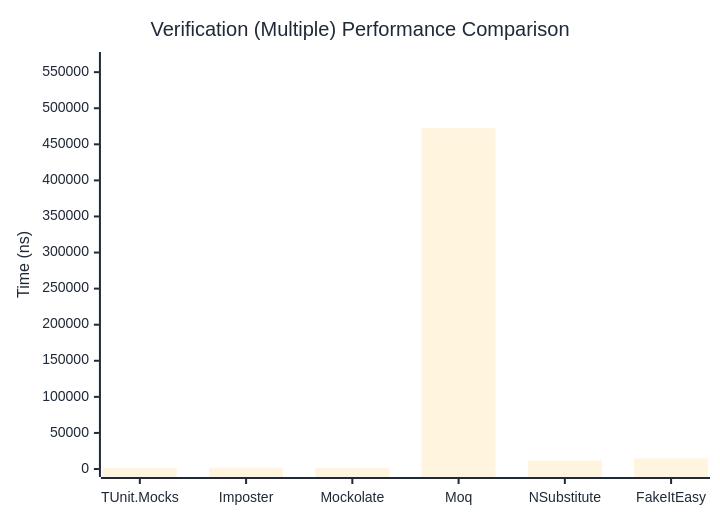
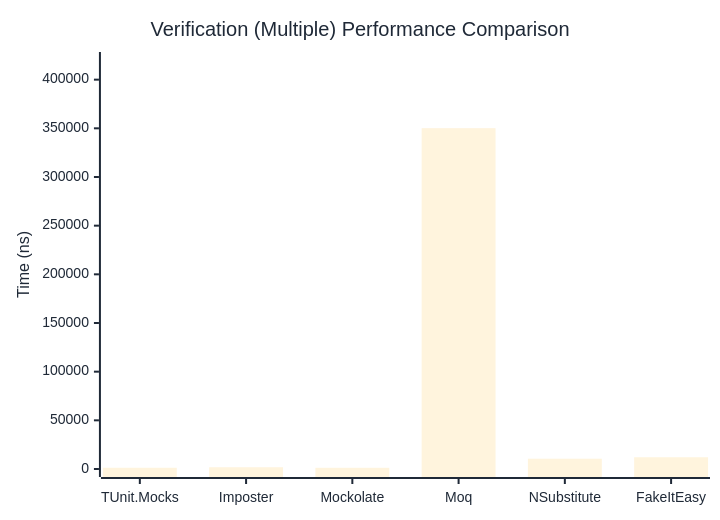
One commit to thomhurst/TUnit changed the third of 3 diagrams in docs/docs/benchmarks/mocks/Verification.md. Above: the diagram before and after it, drawn with Mermaid. The commit also changed other lines of this file and 14 other files, not shown here.

````diff
--- a/docs/docs/benchmarks/mocks/Verification.md
+++ b/docs/docs/benchmarks/mocks/Verification.md
@@ -110,27 +110,27 @@
 ```mermaid
 %%{init: {
   'theme':'base',
   'themeVariables': {
     'primaryColor': '#2563eb',
     'primaryTextColor': '#1f2937',
     'primaryBorderColor': '#1e40af',
     'lineColor': '#6b7280',
     'secondaryColor': '#7c3aed',
     'tertiaryColor': '#dc2626',
     'background': '#ffffff',
     'pie1': '#2563eb',
     'pie2': '#7c3aed',
     'pie3': '#dc2626',
     'pie4': '#f59e0b',
     'pie5': '#10b981',
     'pie6': '#06b6d4',
     'pie7': '#ec4899',
     'pie8': '#6366f1'
   }
 }}%%
 xychart-beta
   title "Verification (Multiple) Performance Comparison"
   x-axis ["TUnit.Mocks", "Imposter", "Mockolate", "Moq", "NSubstitute", "FakeItEasy"]
-  y-axis "Time (ns)" 0 --> 566861
-  bar [1384.11, 1813.7, 1173.12, 472383.85, 11672.27, 14663.51]
+  y-axis "Time (ns)" 0 --> 420192
+  bar [1268.13, 1800.6, 1240.47, 350159.67, 10585.18, 12068.17]
 ```
````
